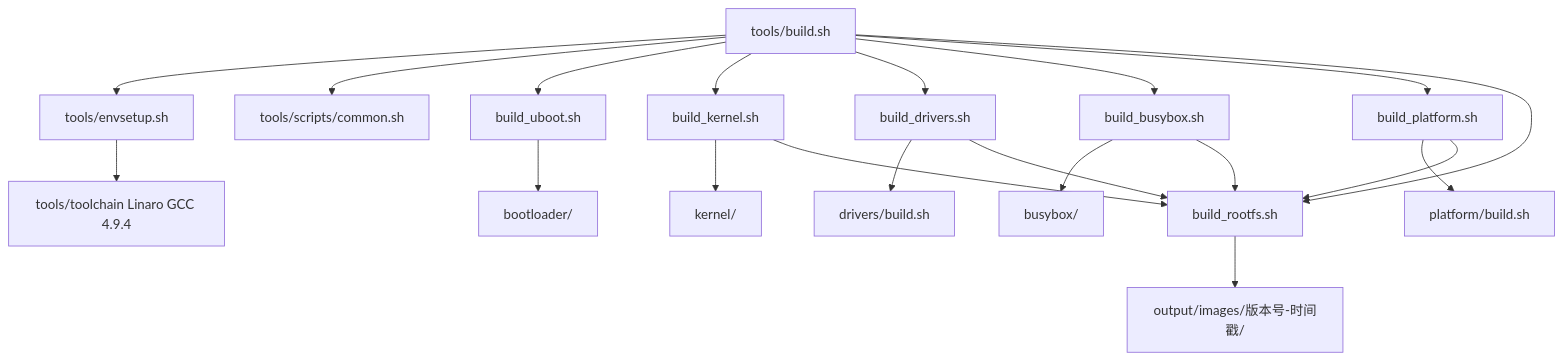
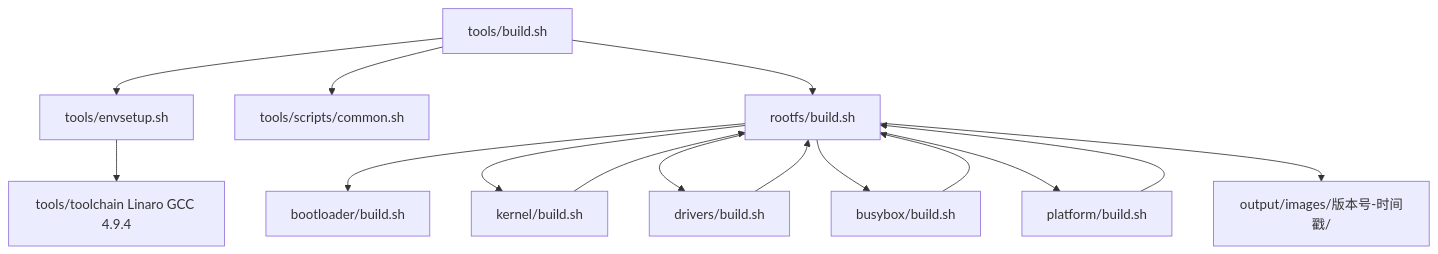
Before and after one commit to xuemanyi/i.MX6UL: the diagram in tools/README.md, drawn with Mermaid. The commit also changed other lines of this file and 6 other files, not shown here.

````diff
--- a/tools/README.md
+++ b/tools/README.md
@@ -26,24 +20,19 @@
 ```mermaid
 flowchart TD
     ENTRY[tools/build.sh] --> ENV[tools/envsetup.sh]
     ENTRY --> COMMON[tools/scripts/common.sh]
-    ENTRY --> UBOOT[build_uboot.sh]
-    ENTRY --> KERNEL[build_kernel.sh]
-    ENTRY --> DRIVERS[build_drivers.sh]
-    ENTRY --> BUSYBOX[build_busybox.sh]
-    ENTRY --> PLATFORM[build_platform.sh]
-    ENTRY --> ROOTFS[build_rootfs.sh]
+    ENTRY --> ROOTFS[rootfs/build.sh]
 
     ENV --> TOOLCHAIN[tools/toolchain Linaro GCC 4.9.4]
-    UBOOT --> BOOTLOADER[bootloader/]
-    KERNEL --> KERNELSRC[kernel/]
-    DRIVERS --> DRIVERENTRY[drivers/build.sh]
-    PLATFORM --> PLATFORMENTRY[platform/build.sh]
-    BUSYBOX --> BUSYBOXSRC[busybox/]
+    ROOTFS --> UBOOT[bootloader/build.sh]
+    ROOTFS --> KERNEL[kernel/build.sh]
+    ROOTFS --> DRIVERS[drivers/build.sh]
+    ROOTFS --> BUSYBOX[busybox/build.sh]
+    ROOTFS --> PLATFORM[platform/build.sh]
 
     KERNEL --> ROOTFS
     DRIVERS --> ROOTFS
     PLATFORM --> ROOTFS
     BUSYBOX --> ROOTFS
     ROOTFS --> RELEASE[output/images/版本号-时间戳/]
 ```
````
